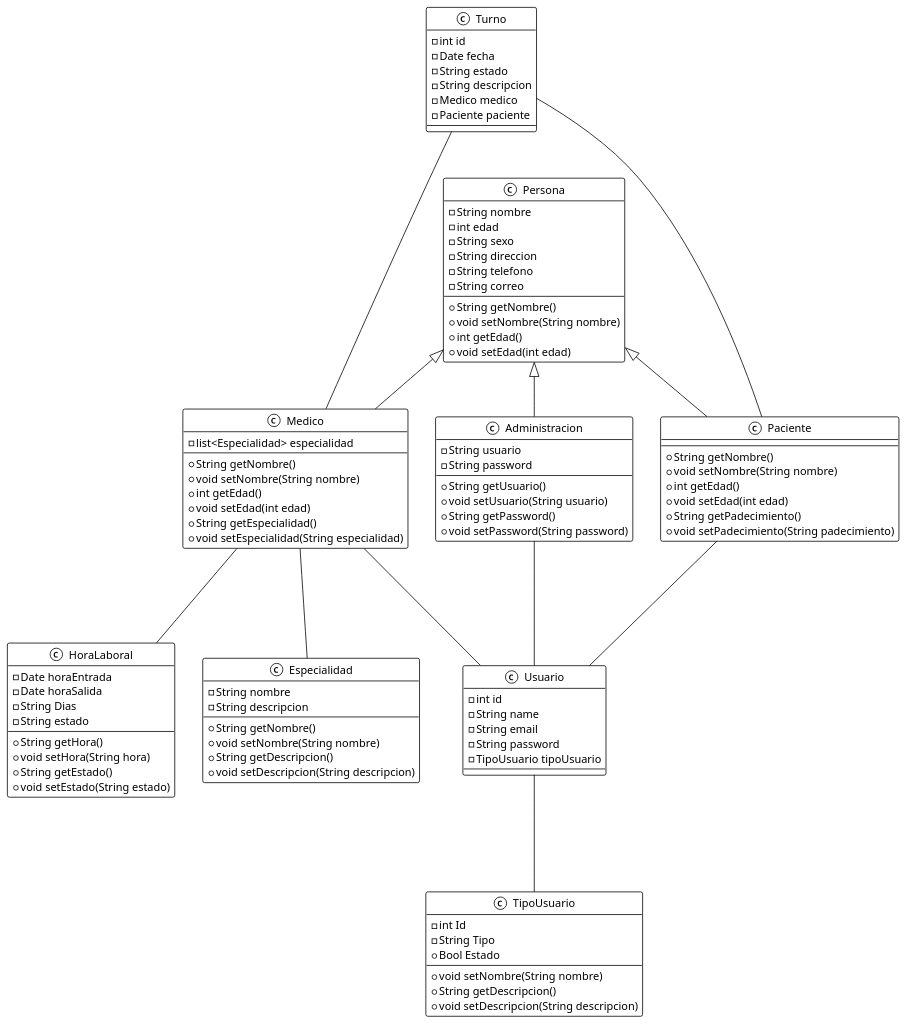
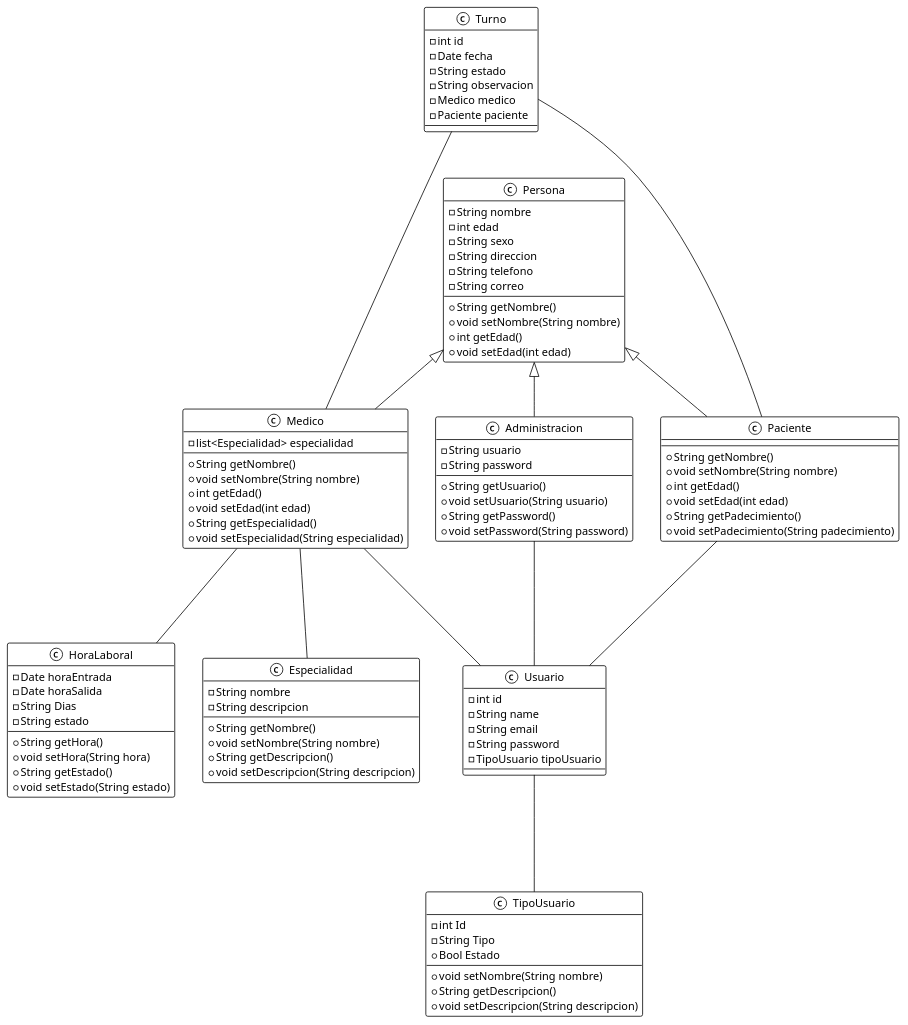
Before and after one commit to seba-cali/tp-cuatrimestral-equipo-23: the diagram in clinicauml.puml, drawn with PlantUML. The commit also changed 12 other files, not shown here.

```diff
--- a/clinicauml.puml
+++ b/clinicauml.puml
@@ -1,116 +1,113 @@
 @startuml
 'https://plantuml.com/class-diagram
 !theme mono 
 Turno --- Paciente
 Turno --- Medico
 
 Medico --- Especialidad
 Medico --- HoraLaboral
 
 
 Administracion --- Usuario
 Paciente --- Usuario
 Medico --- Usuario
 Usuario --- TipoUsuario
 
-
-
-
 class Usuario{
 -int id
 -String name
 -String email
 -String password
 -TipoUsuario tipoUsuario
 }
 class Turno{
     -int id
     -Date fecha
     -String estado
-    -String descripcion
+    -String observacion
     -Medico medico
     -Paciente paciente
   /'  +int getId()
     +void setId(int id)
     +String getFecha()
     +void setFecha(String fecha)
     +String getHora()
     +void setHora(String hora)
     +String getEstado()
     +void setEstado(String estado)
     +String getDescripcion()
     +void setDescripcion(String descripcion)
     +Medico getMedico()
     +void setMedico(Medico medico)
     +Paciente getPaciente()
     +void setPaciente(Paciente paciente)'/
     }
 
 class Persona{
     -String nombre
     -int edad
     -String sexo
     -String direccion
     -String telefono
     -String correo
     +String getNombre()
     +void setNombre(String nombre)
     +int getEdad()
     +void setEdad(int edad)
 }
 
 class Administracion extends Persona{
     -String usuario
     -String password
     +String getUsuario()
     +void setUsuario(String usuario)
     +String getPassword()
     +void setPassword(String password)
 
 }
 class Paciente extends Persona{
     
     +String getNombre()
     +void setNombre(String nombre)
     +int getEdad()
     +void setEdad(int edad)
     +String getPadecimiento()
     +void setPadecimiento(String padecimiento)
 }
 class Medico extends Persona{
     -list<Especialidad> especialidad
     +String getNombre()
     +void setNombre(String nombre)
     +int getEdad()
     +void setEdad(int edad)
     +String getEspecialidad()
     +void setEspecialidad(String especialidad)
 }
 class Especialidad{
     -String nombre
     -String descripcion
     +String getNombre()
     +void setNombre(String nombre)
     +String getDescripcion()
     +void setDescripcion(String descripcion)
 }
 class HoraLaboral{
     -Date horaEntrada
     -Date horaSalida
     -String Dias
     -String estado
     +String getHora()
     +void setHora(String hora)
     +String getEstado()
     +void setEstado(String estado)
 }
 class TipoUsuario{
     -int Id
     -String Tipo
     +Bool Estado
     +void setNombre(String nombre)
     +String getDescripcion()
     +void setDescripcion(String descripcion)
 }
 
 @enduml
```
